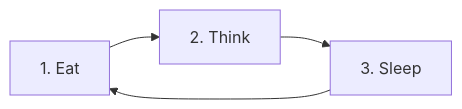
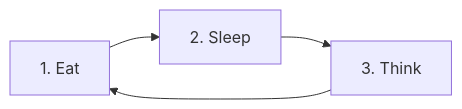
The diagram in README.md (42JesseW/philosophers), drawn with Mermaid before and after one commit. The commit also changed other lines of this file, not shown here.

Commit message:
how could I forgetti

````diff
--- a/README.md
+++ b/README.md
@@ -14,6 +14,6 @@
 ```mermaid
 flowchart LR
 	A["1. Eat"] --> B
-	B["2. Think"] --> C
-	C["3. Sleep"] --> A
+	B["2. Sleep"] --> C
+	C["3. Think"] --> A
 ```
````
